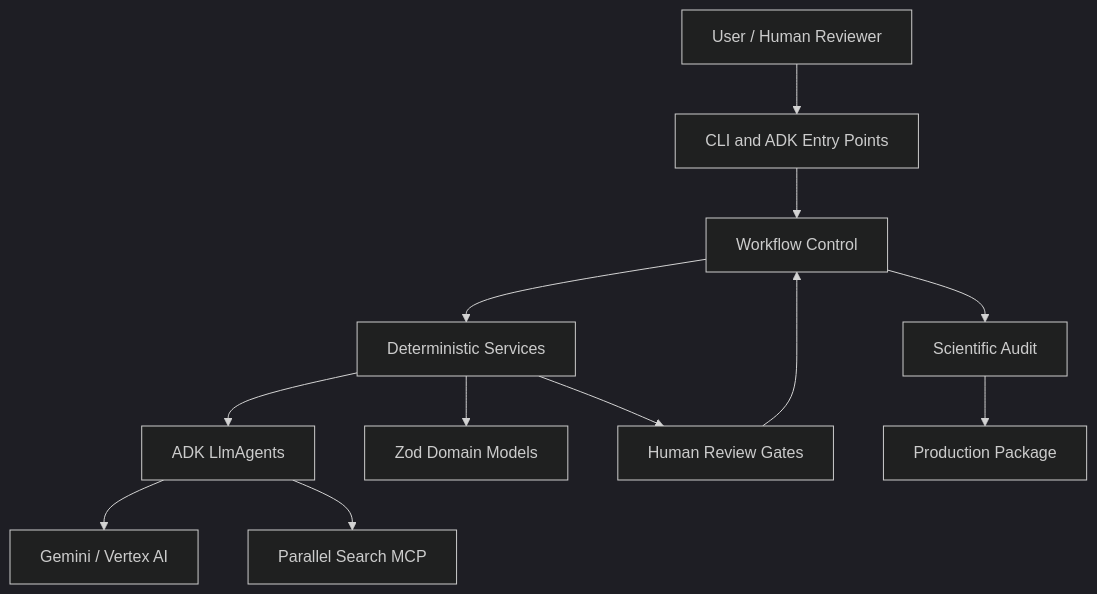
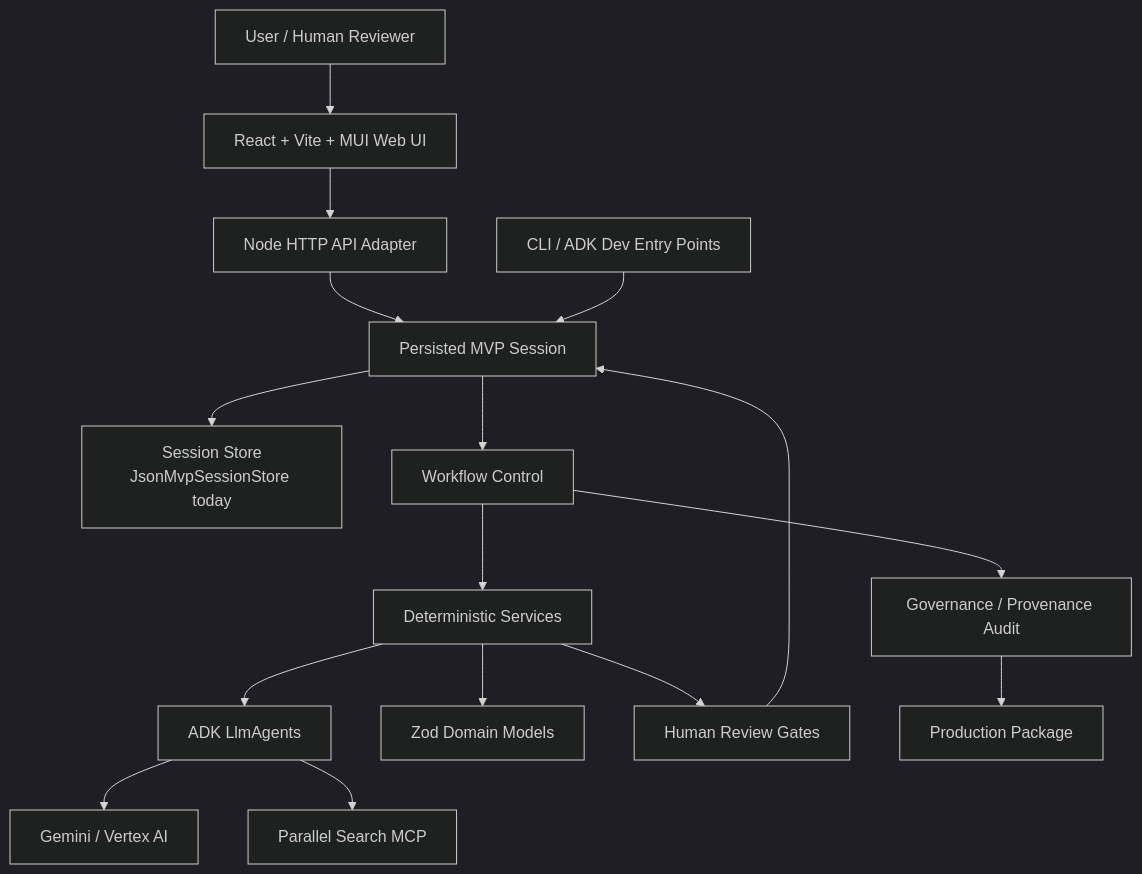
Before and after one commit to amin076/tital: the first of 2 diagrams in docs/architecture/system-architecture.md, drawn with Mermaid (dark theme). The commit also changed other lines of this file, not shown here.

Commit message:
docs: update system architecture for web UI and persisted sessions

````diff
--- a/docs/architecture/system-architecture.md
+++ b/docs/architecture/system-architecture.md
@@ -9,26 +11,34 @@
 ```mermaid
 graph TD
     U[User / Human Reviewer]
-    EP[CLI and ADK Entry Points]
+    WEB[React + Vite + MUI Web UI]
+    API[Node HTTP API Adapter]
+    PS[Persisted MVP Session]
+    STORE[Session Store\nJsonMvpSessionStore today]
     WC[Workflow Control]
     DS[Deterministic Services]
     DA[ADK LlmAgents]
     DM[Zod Domain Models]
     GI[Gemini / Vertex AI]
     PM[Parallel Search MCP]
     HG[Human Review Gates]
-    SA[Scientific Audit]
+    AU[Governance / Provenance Audit]
     PP[Production Package]
+    CLI[CLI / ADK Dev Entry Points]
 
-    U --> EP
-    EP --> WC
+    U --> WEB
+    WEB --> API
+    API --> PS
+    CLI --> PS
+    PS --> STORE
+    PS --> WC
     WC --> DS
     DS --> DA
     DA --> GI
     DA --> PM
     DS --> DM
     DS --> HG
-    HG --> WC
-    WC --> SA
-    SA --> PP
+    HG --> PS
+    WC --> AU
+    AU --> PP
 ```
````
